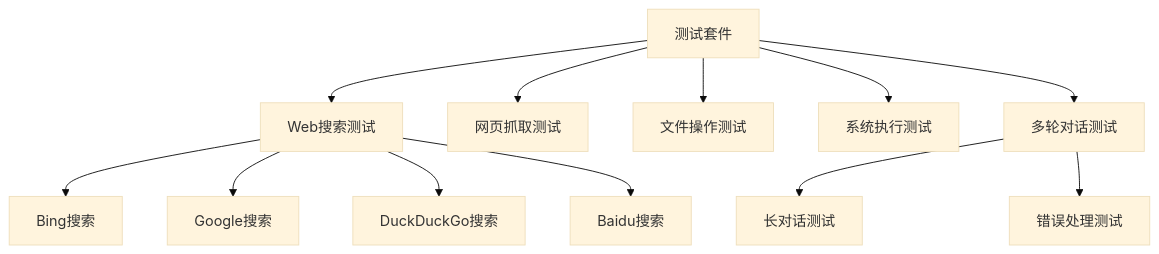
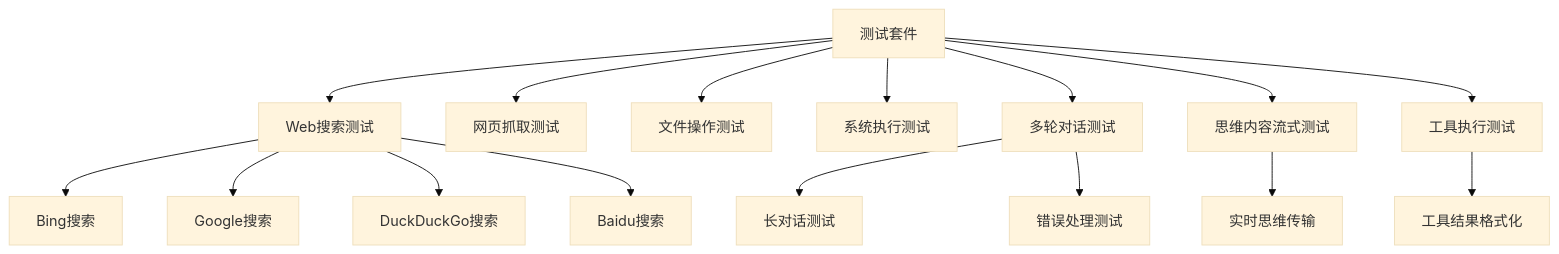
One commit to zhangdahai112/LocalManus changed diagram 13 of 13 in .qoder/repowiki/zh/content/智能体系统/ReAct 智能体/ReAct智能体流式增强.md. Above: the diagram before and after it, drawn with Mermaid (base theme). The commit also changed other lines of this file and 11 other files, not shown here.

````diff
--- a/.qoder/repowiki/zh/content/智能体系统/ReAct 智能体/ReAct智能体流式增强.md
+++ b/.qoder/repowiki/zh/content/智能体系统/ReAct 智能体/ReAct智能体流式增强.md
@@ -573,14 +661,18 @@
 ```mermaid
 flowchart TD
 TestSuite[测试套件] --> WebSearch[Web搜索测试]
 TestSuite --> WebScraping[网页抓取测试]
 TestSuite --> FileOps[文件操作测试]
 TestSuite --> SystemExec[系统执行测试]
 TestSuite --> MultiTurn[多轮对话测试]
+TestSuite --> ThinkingStream[思维内容流式测试]
+TestSuite --> ToolExecution[工具执行测试]
 WebSearch --> Bing[Bing搜索]
 WebSearch --> Google[Google搜索]
 WebSearch --> DuckDuckGo[DuckDuckGo搜索]
 WebSearch --> Baidu[Baidu搜索]
 MultiTurn --> LongConversation[长对话测试]
 MultiTurn --> ErrorHandling[错误处理测试]
+ThinkingStream --> RealtimeThinking[实时思维传输]
+ToolExecution --> ToolResult[工具结果格式化]
 ```
````
